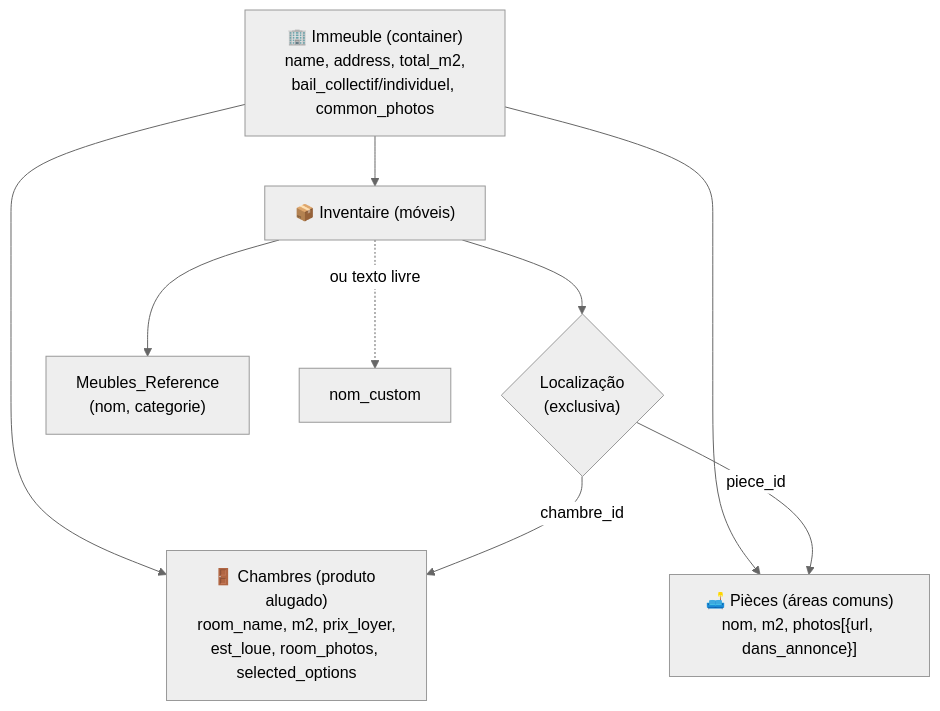
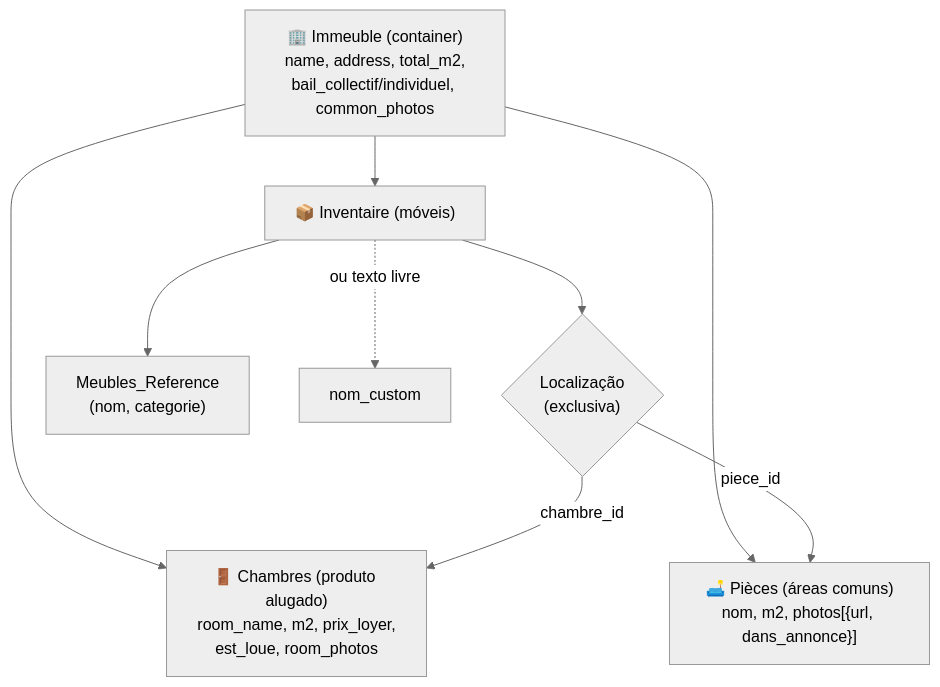
One commit to rhayonne/lacoloc changed the second of 5 diagrams in diagrams/08_gestion_inventaire.md. Above: the diagram before and after it, drawn with Mermaid (neutral theme). The commit also changed other lines of this file and 89 other files, not shown here.

````diff
--- a/diagrams/08_gestion_inventaire.md
+++ b/diagrams/08_gestion_inventaire.md
@@ -34,14 +34,14 @@
 ```mermaid
 graph TD
     IMM["🏢 Immeuble (container)\nname, address, total_m2,\nbail_collectif/individuel, common_photos"]
-    IMM --> CH["🚪 Chambres (produto alugado)\nroom_name, m2, prix_loyer,\nest_loue, room_photos, selected_options"]
+    IMM --> CH["🚪 Chambres (produto alugado)\nroom_name, m2, prix_loyer,\nest_loue, room_photos"]
     IMM --> PC["🛋️ Pièces (áreas comuns)\nnom, m2, photos[{url, dans_annonce}]"]
     IMM --> INV["📦 Inventaire (móveis)"]
 
     INV --> LOC{"Localização\n(exclusiva)"}
     LOC -->|chambre_id| CH
     LOC -->|piece_id| PC
 
     INV --> REF["Meubles_Reference\n(nom, categorie)"]
     INV -.->|"ou texto livre"| CUSTOM["nom_custom"]
 ```
````
